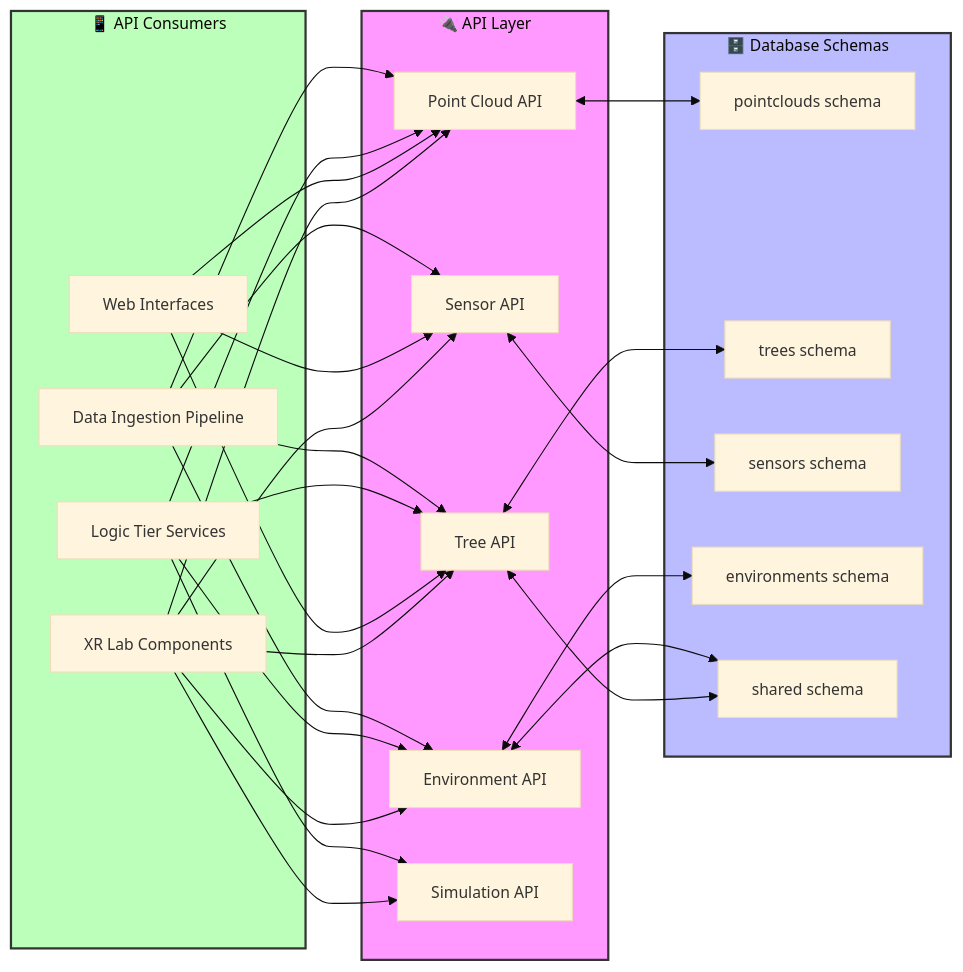
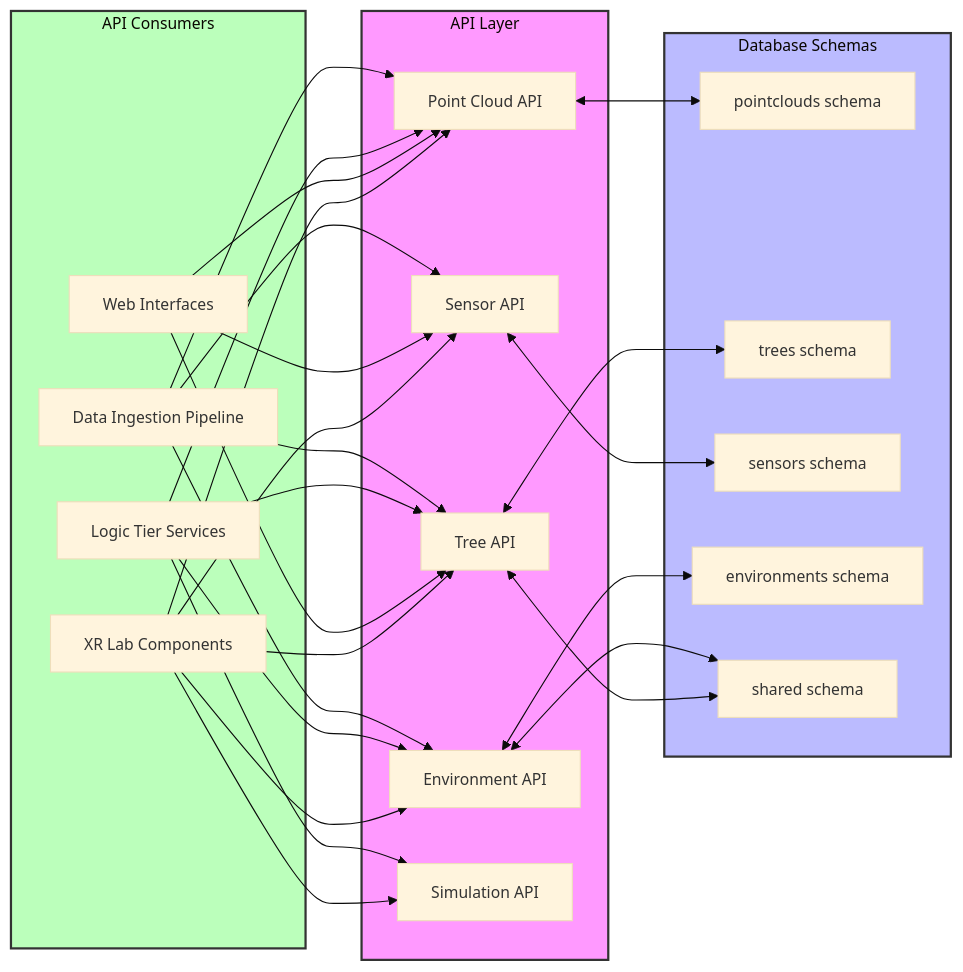
Before and after one commit to XRFutureForests/digital-twin-db: the diagram in docs/architecture/api.md, drawn with Mermaid. The commit also changed 3 other files, not shown here.

````diff
--- a/docs/architecture/api.md
+++ b/docs/architecture/api.md
@@ -7,67 +7,67 @@
 ```mermaid
 %%{
 init: {
 'theme': 'base',
 'themeVariables': {
 'fontSize': '14px',
 'secondaryColor': '#d2d2d2'
 }
 }
 }%%
 flowchart LR
 
-subgraph API_LAYER["🔌 API Layer"]
+subgraph API_LAYER["API Layer"]
 API1[Point Cloud API]
 API2[Tree API]
 API3[Sensor API]  
 API4[Environment API]
 API5[Simulation API]
 end
 
-subgraph SCHEMAS["🗄️ Database Schemas"]
+subgraph SCHEMAS["Database Schemas"]
 SC1[pointclouds schema]
 SC2[trees schema]
 SC3[sensors schema]
 SC4[environments schema]
 SC5[shared schema]
 end
 
-subgraph CONSUMERS["📱 API Consumers"]
+subgraph CONSUMERS["API Consumers"]
 C1[XR Lab Components]
 C2[Web Interfaces]
 C3[Logic Tier Services]
 C4[Data Ingestion Pipeline]
 end
 
 API1 <--> SC1
 API2 <--> SC2
 API3 <--> SC3
 API4 <--> SC4
 API2 <--> SC5
 API4 <--> SC5
 
 C1 --> API1
 C1 --> API2
 C1 --> API3
 C1 --> API4
 C1 --> API5
 C2 --> API1
 C2 --> API2
 C2 --> API3
 C3 --> API1
 C3 --> API2
 C3 --> API4
 C3 --> API5
 C4 --> API1
 C4 --> API2
 C4 --> API3
 C4 --> API4
 
 classDef apiLayer fill:#f9f,stroke:#333,stroke-width:2px
 classDef schemaLayer fill:#bbf,stroke:#333,stroke-width:2px
 classDef consumerLayer fill:#bfb,stroke:#333,stroke-width:2px
 
 class API_LAYER apiLayer
 class SCHEMAS schemaLayer
 class CONSUMERS consumerLayer
 ```
````
